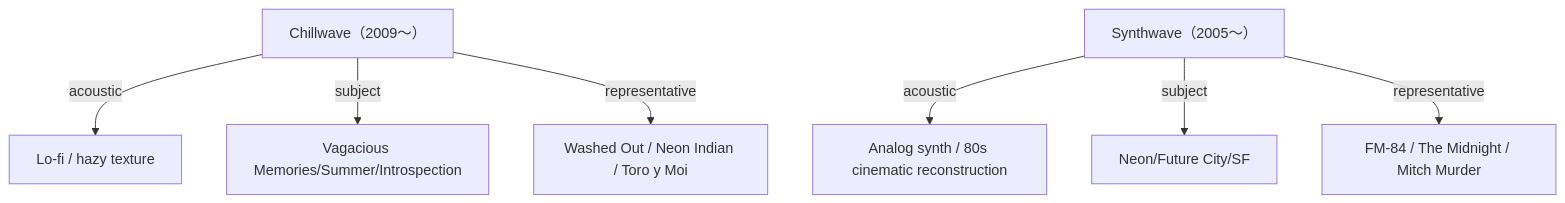
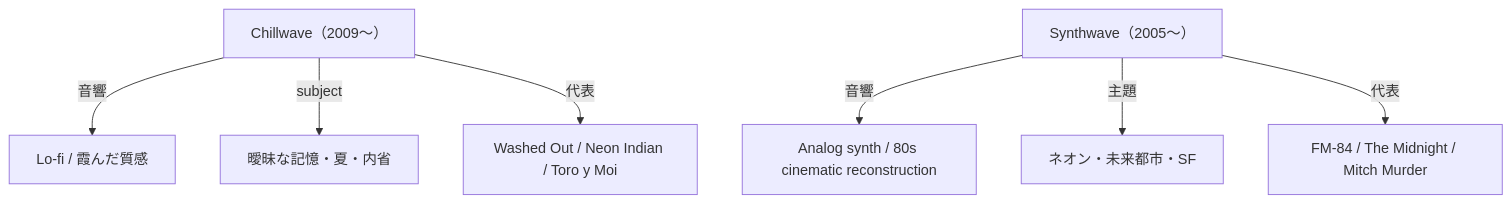
One commit to monumental-movement/monumental-movement.github.io changed the second of 2 diagrams in en/_posts/2025-12-08-column-chillwave-synthwave.md. Above: the diagram before and after it, drawn with Mermaid. The commit also changed other lines of this file and 2196 other files, not shown here.

```diff
--- a/en/_posts/2025-12-08-column-chillwave-synthwave.md
+++ b/en/_posts/2025-12-08-column-chillwave-synthwave.md
@@ -178,10 +177,10 @@
 <div class="mermaid">
 flowchart TD
-    A["Chillwave（2009〜）"] -->|acoustic| B["Lo-fi / hazy texture"]
-    A -->|subject| C["Vagacious Memories/Summer/Introspection"]
-    A -->|representative| D["Washed Out / Neon Indian / Toro y Moi"]
+    A["Chillwave（2009〜）"] -->|音響| B["Lo-fi / 霞んだ質感"]
+    A -->|subject| C["曖昧な記憶・夏・内省"]
+    A -->|代表| D["Washed Out / Neon Indian / Toro y Moi"]
 
-    E["Synthwave（2005〜）"] -->|acoustic| F["Analog synth / 80s cinematic reconstruction"]
-    E -->|subject| G["Neon/Future City/SF"]
-    E -->|representative| H["FM-84 / The Midnight / Mitch Murder"]
+    E["Synthwave（2005〜）"] -->|音響| F["Analog synth / 80s cinematic reconstruction"]
+    E -->|主題| G["ネオン・未来都市・SF"]
+    E -->|代表| H["FM-84 / The Midnight / Mitch Murder"]
 </div>
```
